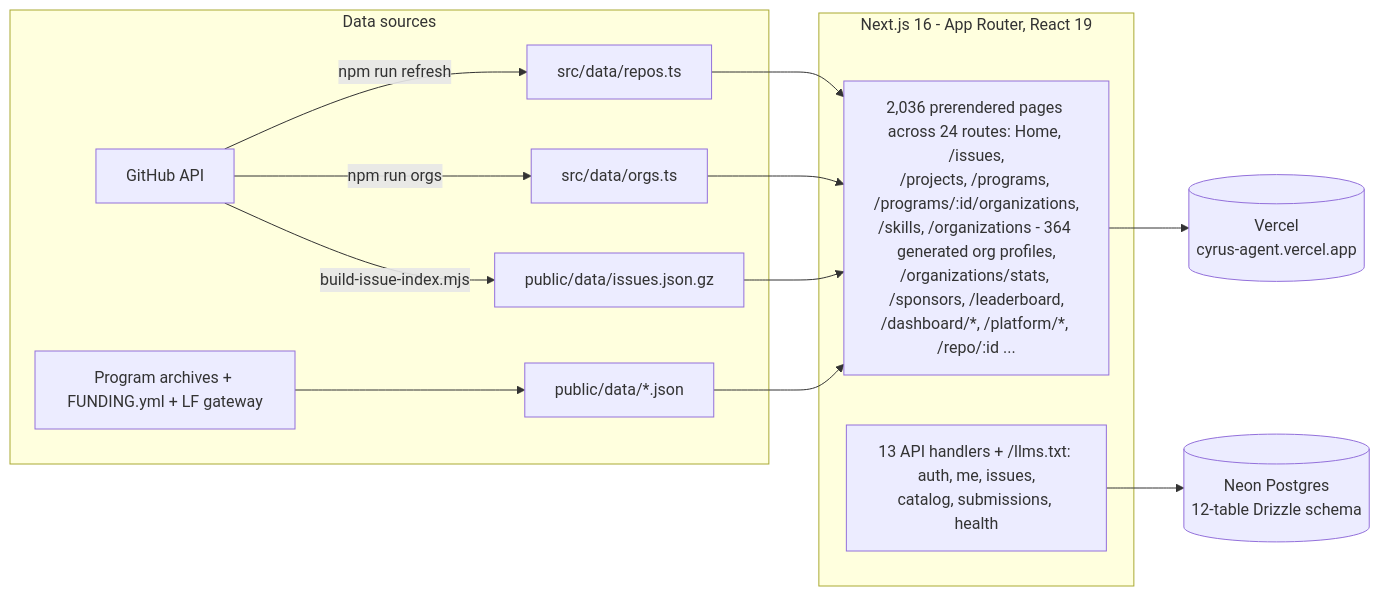
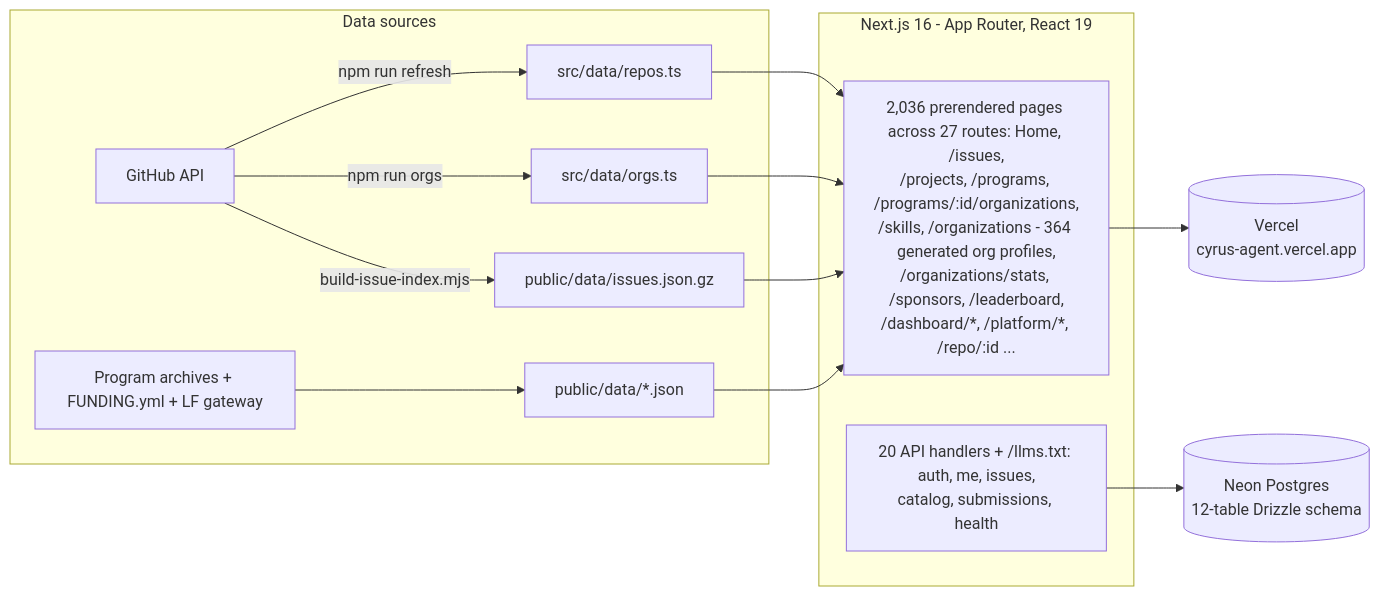
The second of 2 diagrams in README.md (adityalenova/cyrus), drawn with Mermaid before and after one commit. The commit also changed other lines of this file and 1 other file, not shown here.

````diff
--- a/README.md
+++ b/README.md
@@ -342,15 +342,15 @@
 ```mermaid
 flowchart LR
     subgraph sources [Data sources]
         GH[GitHub API] -->|npm run refresh| D1[src/data/repos.ts]
         GH -->|npm run orgs| D2[src/data/orgs.ts]
         GH -->|build-issue-index.mjs| D3[public/data/issues.json.gz]
         SOC[Program archives + FUNDING.yml + LF gateway] --> D4[public/data/*.json]
     end
     subgraph app [Next.js 16 - App Router, React 19]
-        D1 & D2 & D3 & D4 --> PAGES[2,036 prerendered pages across 24 routes: Home, /issues,<br/>/projects, /programs, /programs/:id/organizations,<br/>/skills, /organizations - 364 generated org profiles,<br/>/organizations/stats, /sponsors, /leaderboard,<br/>/dashboard/*, /platform/*, /repo/:id ...]
-        API[13 API handlers + /llms.txt: auth, me, issues,<br/>catalog, submissions, health]
+        D1 & D2 & D3 & D4 --> PAGES[2,036 prerendered pages across 27 routes: Home, /issues,<br/>/projects, /programs, /programs/:id/organizations,<br/>/skills, /organizations - 364 generated org profiles,<br/>/organizations/stats, /sponsors, /leaderboard,<br/>/dashboard/*, /platform/*, /repo/:id ...]
+        API[20 API handlers + /llms.txt: auth, me, issues,<br/>catalog, submissions, health]
     end
     PAGES --> V[(Vercel<br/>cyrus-agent.vercel.app)]
     API --> DB[(Neon Postgres<br/>12-table Drizzle schema)]
 ```
````
